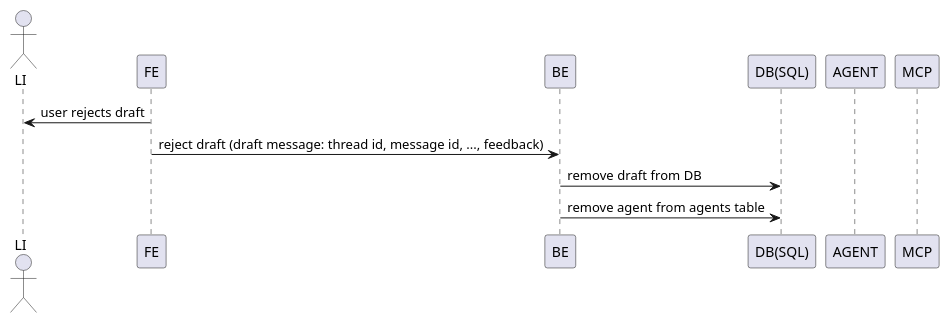
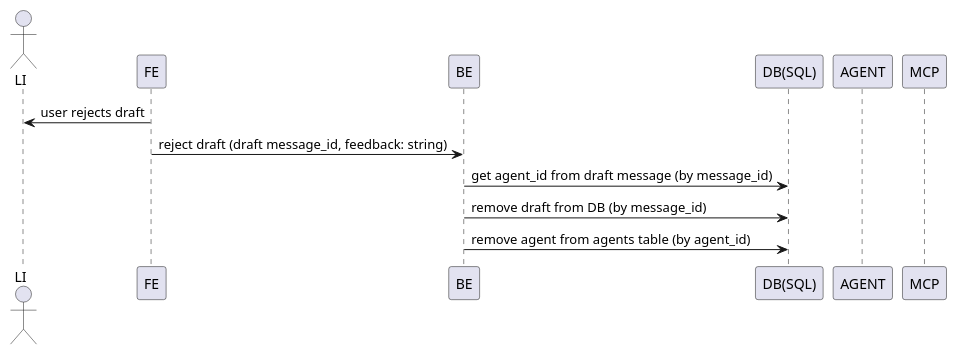
Before and after one commit to Itempass/mcphackathon-linkedin-intern: the diagram in UML_diagrams/reject_draft_sequence_diagram.puml, drawn with PlantUML. The commit also changed 6 other files, not shown here.

```diff
--- a/UML_diagrams/reject_draft_sequence_diagram.puml
+++ b/UML_diagrams/reject_draft_sequence_diagram.puml
@@ -1,13 +1,14 @@
 @startuml
 actor LI
 participant FE
 participant BE
 participant DB as "DB(SQL)"
 participant AGENT
 participant MCP
 
 LI <- FE: user rejects draft
-FE -> BE: reject draft (draft message: thread id, message id, ..., feedback)
-BE -> DB: remove draft from DB
-BE -> DB: remove agent from agents table
+FE -> BE: reject draft (draft message_id, feedback: string)
+BE -> DB: get agent_id from draft message (by message_id)
+BE -> DB: remove draft from DB (by message_id)
+BE -> DB: remove agent from agents table (by agent_id)
 @enduml
```
